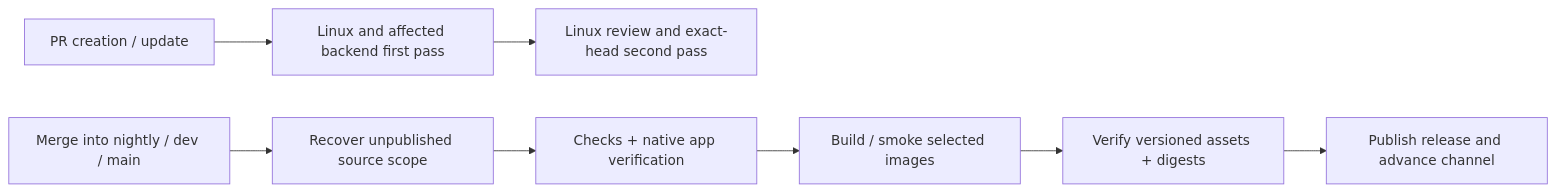
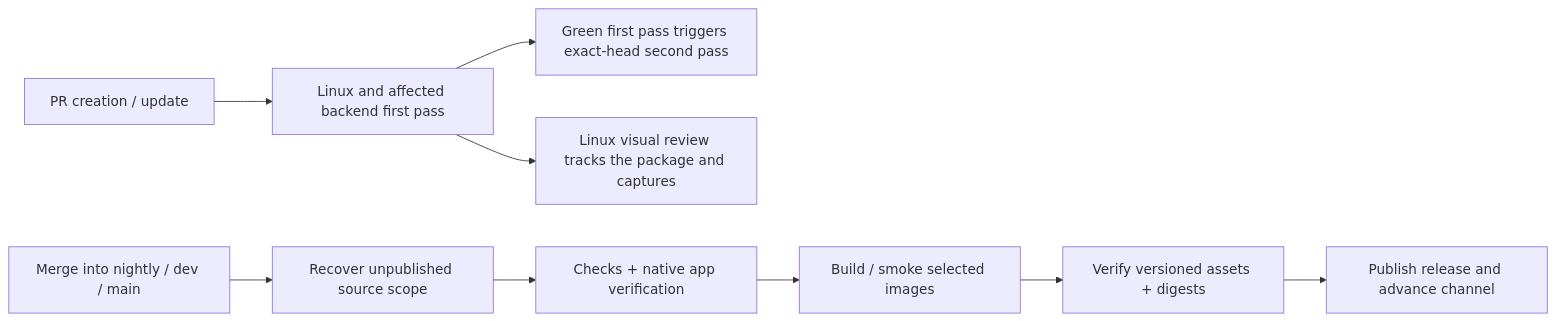
The diagram in docs/wiki/code/versioning.md (xxxcess/argos-osint), drawn with Mermaid before and after one commit. The commit also changed 15 other files, not shown here.

Commit message:
docs(ci): dispatch macOS and web after green first pass

````diff
--- a/docs/wiki/code/versioning.md
+++ b/docs/wiki/code/versioning.md
@@ -158,10 +158,11 @@
 ```mermaid
 flowchart LR
   A[PR creation / update] --> B[Linux and affected backend first pass]
-  B --> I[Linux review and exact-head second pass]
+  B --> I[Green first pass triggers exact-head second pass]
+  B --> J[Linux visual review tracks the package and captures]
   C[Merge into nightly / dev / main] --> D[Recover unpublished source scope]
   D --> E[Checks + native app verification]
   E --> F[Build / smoke selected images]
   F --> G[Verify versioned assets + digests]
   G --> H[Publish release and advance channel]
 ```
````
